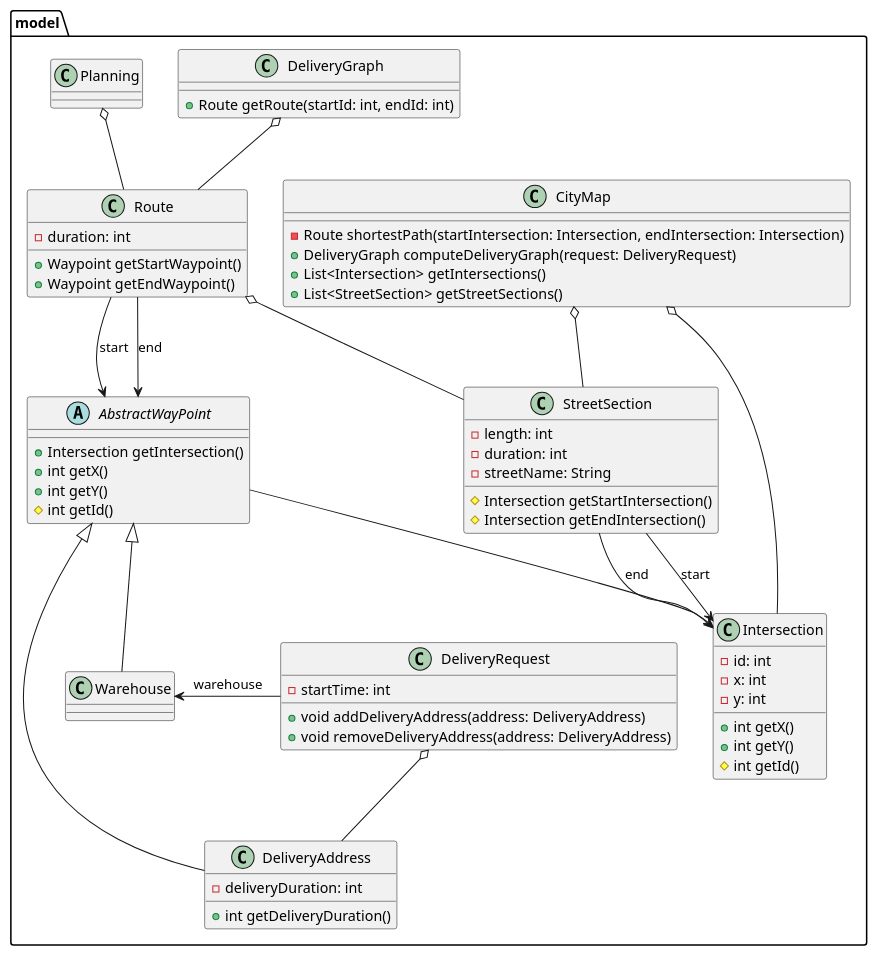
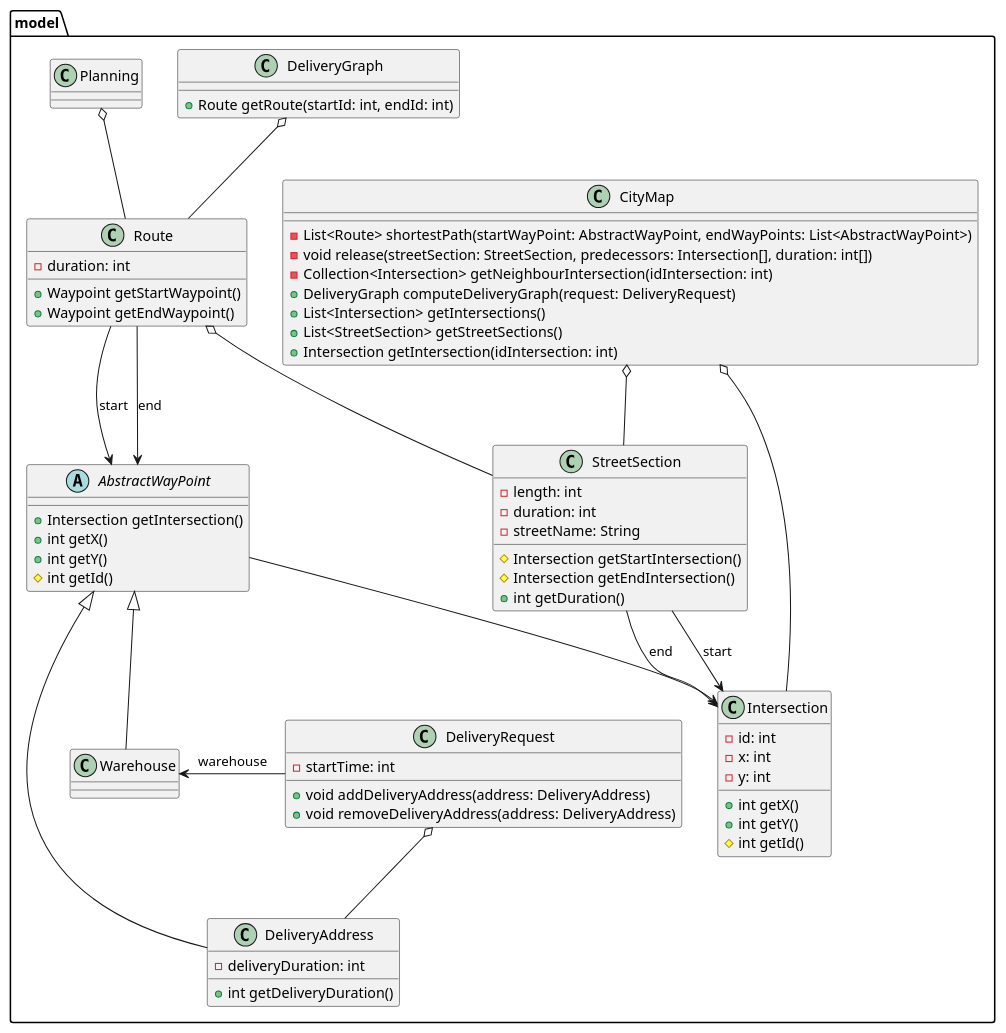
Before and after one commit to if-h4102/pld-agile: the diagram in docs/uml/package.model.puml, drawn with PlantUML. The commit also changed 4 other files, not shown here.

Commit message:
Creation de l'algo de Dijkstra, mise a jour du modele en consequence

```diff
--- a/docs/uml/package.model.puml
+++ b/docs/uml/package.model.puml
@@ -1,82 +1,86 @@
 @startuml
 
 package model {
     class CityMap {
-       -Route shortestPath(startIntersection: Intersection, endIntersection: Intersection)
+       -List<Route> shortestPath(startWayPoint: AbstractWayPoint, endWayPoints: List<AbstractWayPoint>)
+       -void release(streetSection: StreetSection, predecessors: Intersection[], duration: int[])
+       -Collection<Intersection> getNeighbourIntersection(idIntersection: int)
        +DeliveryGraph computeDeliveryGraph(request: DeliveryRequest)
        +List<Intersection> getIntersections()
        +List<StreetSection> getStreetSections()
+       +Intersection getIntersection(idIntersection: int)
     }
 
     class DeliveryGraph {
         +Route getRoute(startId: int, endId: int)
     }
 
     class StreetSection {
         -length: int
         -duration: int
         -streetName: String
         #Intersection getStartIntersection()
         #Intersection getEndIntersection()
+        +int getDuration()
     }
 
     class Intersection {
         -id: int
         -x: int
         -y: int
         +int getX()
         +int getY()
         #int getId()
     }
 
     abstract class AbstractWayPoint {
         +Intersection getIntersection()
         +int getX()
         +int getY()
         #int getId()
     }
 
     class DeliveryAddress {
         -deliveryDuration: int
 '        -deliveryIntervalStart: int
 '        -deliveryIntervalEnd: int
         +int getDeliveryDuration()
     }
 
     class Warehouse {
     }
 
     class DeliveryRequest {
         -startTime: int
         +void addDeliveryAddress(address: DeliveryAddress)
         +void removeDeliveryAddress(address: DeliveryAddress)
     }
 
     class Planning {
     }
 
     class Route {
         -duration: int
         +Waypoint getStartWaypoint()
         +Waypoint getEndWaypoint()
     }
 
     CityMap o-- StreetSection
     CityMap o-- Intersection
     AbstractWayPoint --> Intersection
     StreetSection --> Intersection : end
     StreetSection --> Intersection : start
     Route o-- StreetSection
     Route --> AbstractWayPoint : end
     Route --> AbstractWayPoint : start
     AbstractWayPoint <|-- DeliveryAddress
     AbstractWayPoint <|-- Warehouse
     DeliveryRequest o-- DeliveryAddress
     DeliveryRequest -left-> Warehouse : warehouse
     DeliveryGraph o-- Route
     Planning o-- Route
 }
 
 
 
 @enduml
```
